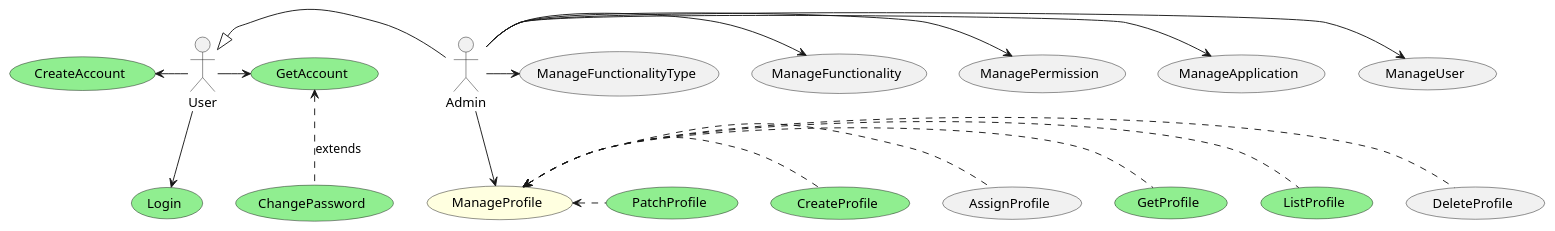
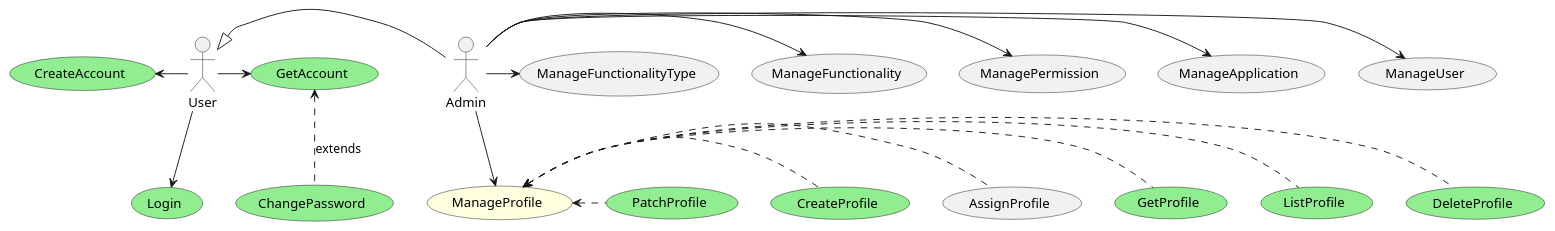
The diagram in documentation/UseCase.iam.puml (zehgreven/nutri-be-ddd-ca), drawn with PlantUML before and after one commit. The commit also changed 12 other files, not shown here.

Commit message:
Created DeleteProfile

```diff
--- a/documentation/UseCase.iam.puml
+++ b/documentation/UseCase.iam.puml
@@ -1,37 +1,38 @@
 @startuml Use Case
 
 actor User
 actor Admin
 
 usecase CreateAccount #LightGreen
 usecase Login #LightGreen
 usecase GetAccount #LightGreen
 usecase ChangePassword #LightGreen
 usecase CreateProfile #LightGreen
 usecase GetProfile #LightGreen
 usecase PatchProfile #LightGreen
 usecase ListProfile #LightGreen
+usecase DeleteProfile #LightGreen
 usecase ManageProfile #LightYellow
 
 User <|-r- Admin
 
 User -l-> (CreateAccount) 
 User -r-> (GetAccount)
 (GetAccount) <.d. (ChangePassword) : extends
 User -d-> (Login)
 
 Admin --> (ManageProfile) 
 (ManageProfile) <.r. (AssignProfile) 
 (ManageProfile) <.r. (CreateProfile) 
 (ManageProfile) <.r. (PatchProfile) 
 (ManageProfile) <.r. (DeleteProfile) 
 (ManageProfile) <.r. (ListProfile) 
 (ManageProfile) <.r. (GetProfile) 
 
 Admin -r-> (ManageUser) 
 Admin -r-> (ManageApplication) 
 Admin -r-> (ManagePermission) 
 Admin -r-> (ManageFunctionality) 
 Admin -r-> (ManageFunctionalityType) 
 
 @enduml
```
